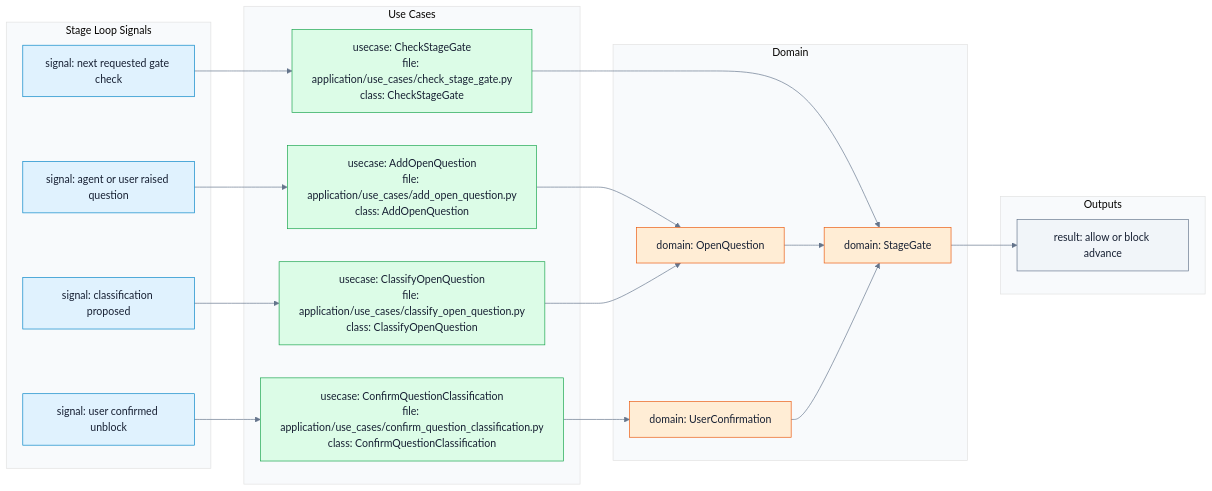
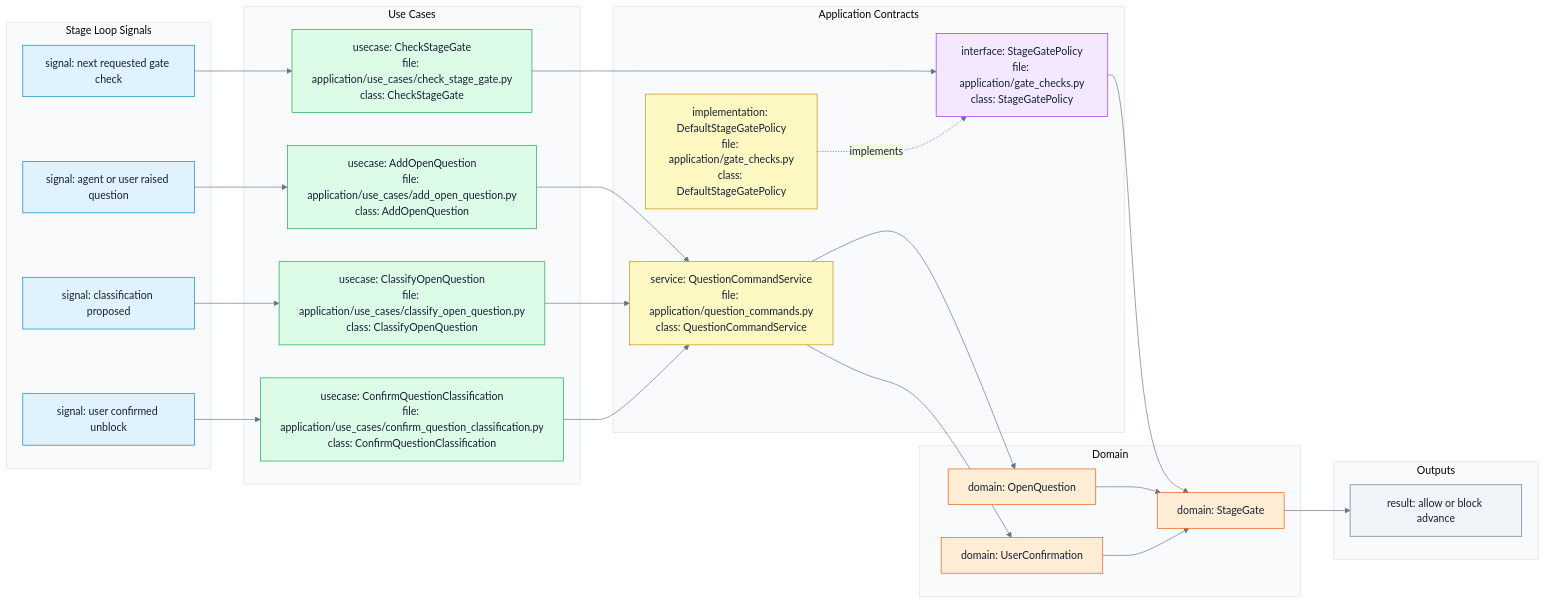
Before and after one commit to 9orky/enclosure: the first of 3 diagrams in .enclosure/plans/planning-workflow/epics/stage-gates-open-questions/SCHEMAS.md, drawn with Mermaid. The commit also changed other lines of this file and 19 other files, not shown here.

````diff
--- a/.enclosure/plans/planning-workflow/epics/stage-gates-open-questions/SCHEMAS.md
+++ b/.enclosure/plans/planning-workflow/epics/stage-gates-open-questions/SCHEMAS.md
@@ -7,49 +7,63 @@
 ```mermaid
 %% contract: flow
 %%{init: {"theme": "base", "themeVariables": {"primaryColor": "#e0f2fe", "primaryTextColor": "#172033", "primaryBorderColor": "#0284c7", "lineColor": "#64748b", "tertiaryColor": "#f8fafc"}}}%%
 flowchart LR
     subgraph signals["Stage Loop Signals"]
       signal_add["signal: agent or user raised question"]
       signal_classify["signal: classification proposed"]
       signal_confirm["signal: user confirmed unblock"]
       signal_check["signal: next requested gate check"]
     end
 
     subgraph use_cases["Use Cases"]
       uc_add["usecase: AddOpenQuestion\nfile: application/use_cases/add_open_question.py\nclass: AddOpenQuestion"]
       uc_classify["usecase: ClassifyOpenQuestion\nfile: application/use_cases/classify_open_question.py\nclass: ClassifyOpenQuestion"]
       uc_confirm["usecase: ConfirmQuestionClassification\nfile: application/use_cases/confirm_question_classification.py\nclass: ConfirmQuestionClassification"]
       uc_gate["usecase: CheckStageGate\nfile: application/use_cases/check_stage_gate.py\nclass: CheckStageGate"]
     end
 
     subgraph domain_layer["Domain"]
       question["domain: OpenQuestion"]
       confirmation["domain: UserConfirmation"]
       gate["domain: StageGate"]
     end
 
+    subgraph application_contracts["Application Contracts"]
+      question_commands["service: QuestionCommandService\nfile: application/question_commands.py\nclass: QuestionCommandService"]
+      gate_policy["interface: StageGatePolicy\nfile: application/gate_checks.py\nclass: StageGatePolicy"]
+      default_gate_policy["implementation: DefaultStageGatePolicy\nfile: application/gate_checks.py\nclass: DefaultStageGatePolicy"]
+    end
+
     subgraph outputs["Outputs"]
       decision["result: allow or block advance"]
     end
 
     signal_add --> uc_add
     signal_classify --> uc_classify
     signal_confirm --> uc_confirm
     signal_check --> uc_gate
-    uc_add --> question
-    uc_classify --> question
-    uc_confirm --> confirmation
-    uc_gate --> gate
+    uc_add --> question_commands
+    uc_classify --> question_commands
+    uc_confirm --> question_commands
+    uc_gate --> gate_policy
+    question_commands --> question
+    question_commands --> confirmation
+    gate_policy --> gate
+    default_gate_policy -. implements .-> gate_policy
     question --> gate
     confirmation --> gate
     gate --> decision
 
     classDef signal fill:#e0f2fe,stroke:#0284c7,color:#172033;
     classDef usecase fill:#dcfce7,stroke:#16a34a,color:#172033;
     classDef domain fill:#ffedd5,stroke:#ea580c,color:#172033;
+    classDef service fill:#fef9c3,stroke:#ca8a04,color:#172033;
+    classDef interface fill:#f3e8ff,stroke:#9333ea,color:#172033;
     classDef output fill:#f1f5f9,stroke:#64748b,color:#172033;
     class signal_add,signal_classify,signal_confirm,signal_check signal;
     class uc_add,uc_classify,uc_confirm,uc_gate usecase;
     class question,confirmation,gate domain;
+    class question_commands,default_gate_policy service;
+    class gate_policy interface;
     class decision output;
 ```
````
